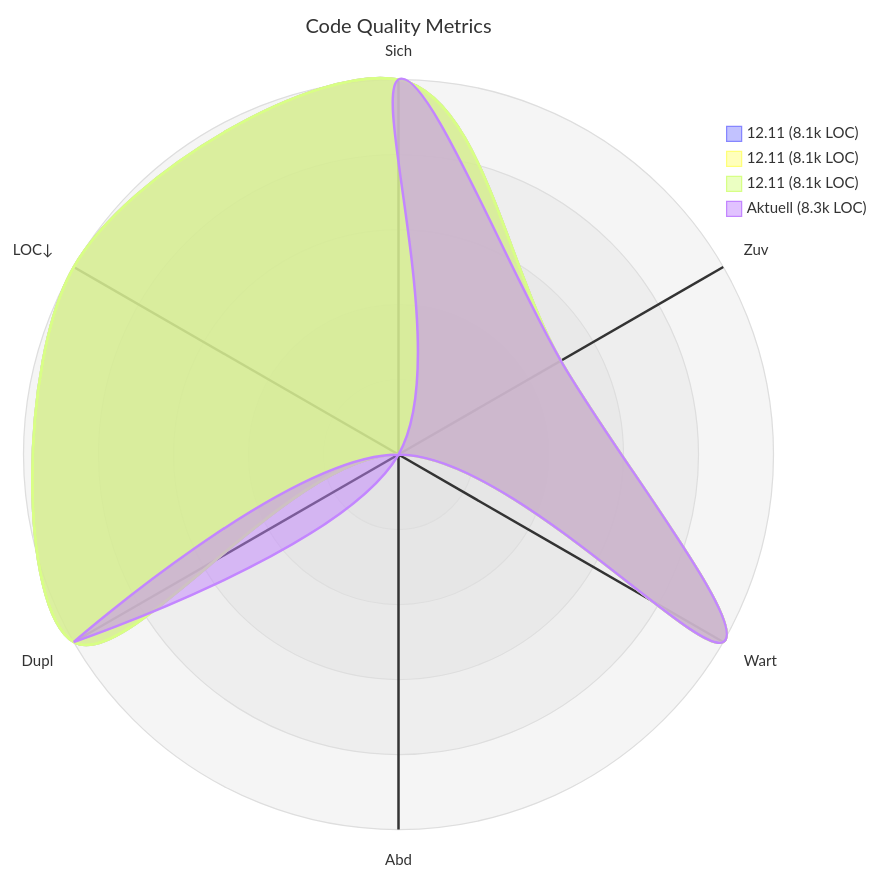
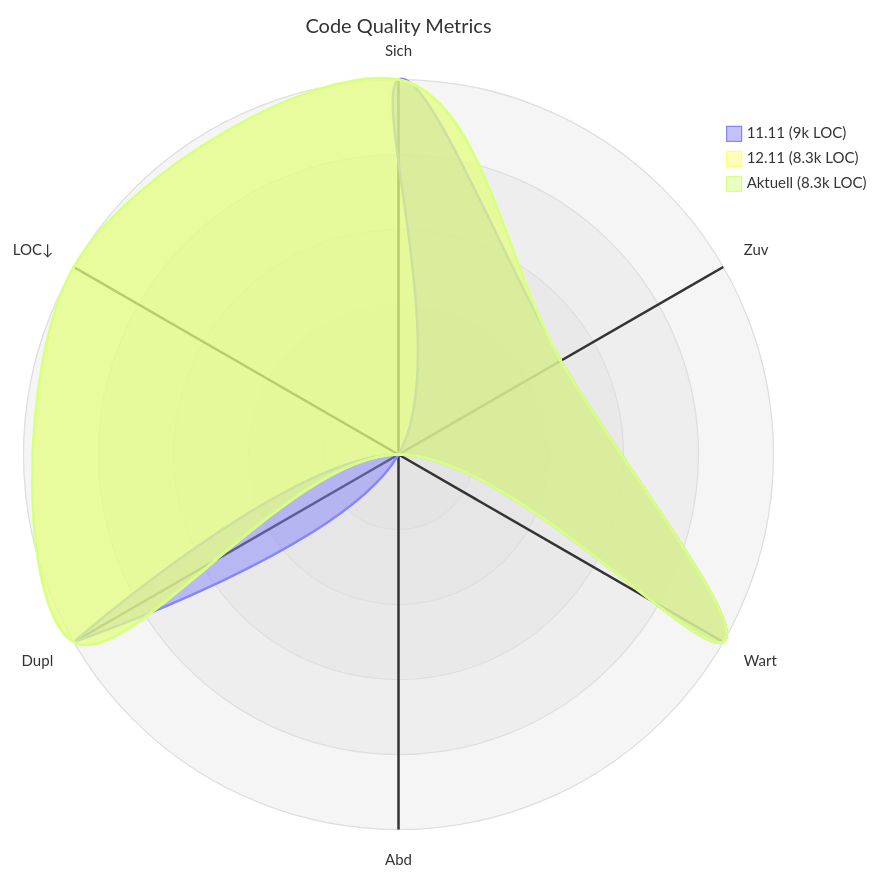
Before and after one commit to merlinbecker/rabbitMistralScribe: the diagram in codequality/report.md, drawn with Mermaid. The commit also changed other lines of this file, not shown here.

Commit message:
Update code quality report [skip ci]

````diff
--- a/codequality/report.md
+++ b/codequality/report.md
@@ -5,13 +5,12 @@
 ```mermaid
 ---
 title: "Code Quality Metrics"
 ---
 radar-beta
   axis s["Sich"], r["Zuv"], m["Wart"], c["Abd"], d["Dupl"], l["LOC↓"]
-  curve p_12_11_8_1k_LOC_["12.11 (8.1k LOC)"]{5, 3, 5, 1, 5, 5}
-  curve p_12_11_8_1k_LOC_["12.11 (8.1k LOC)"]{5, 3, 5, 1, 5, 5}
-  curve p_12_11_8_1k_LOC_["12.11 (8.1k LOC)"]{5, 3, 5, 1, 5, 5}
-  curve p_Aktuell_8_3k_LOC_["Aktuell (8.3k LOC)"]{5, 3, 5, 1, 5, 1}
+  curve p_11_11_9k_LOC_["11.11 (9k LOC)"]{5, 3, 5, 0, 5, 1}
+  curve p_12_11_8_3k_LOC_["12.11 (8.3k LOC)"]{5, 3, 5, 1, 5, 5}
+  curve p_Aktuell_8_3k_LOC_["Aktuell (8.3k LOC)"]{5, 3, 5, 1, 5, 5}
   max 5
   min 1
 ```
````
